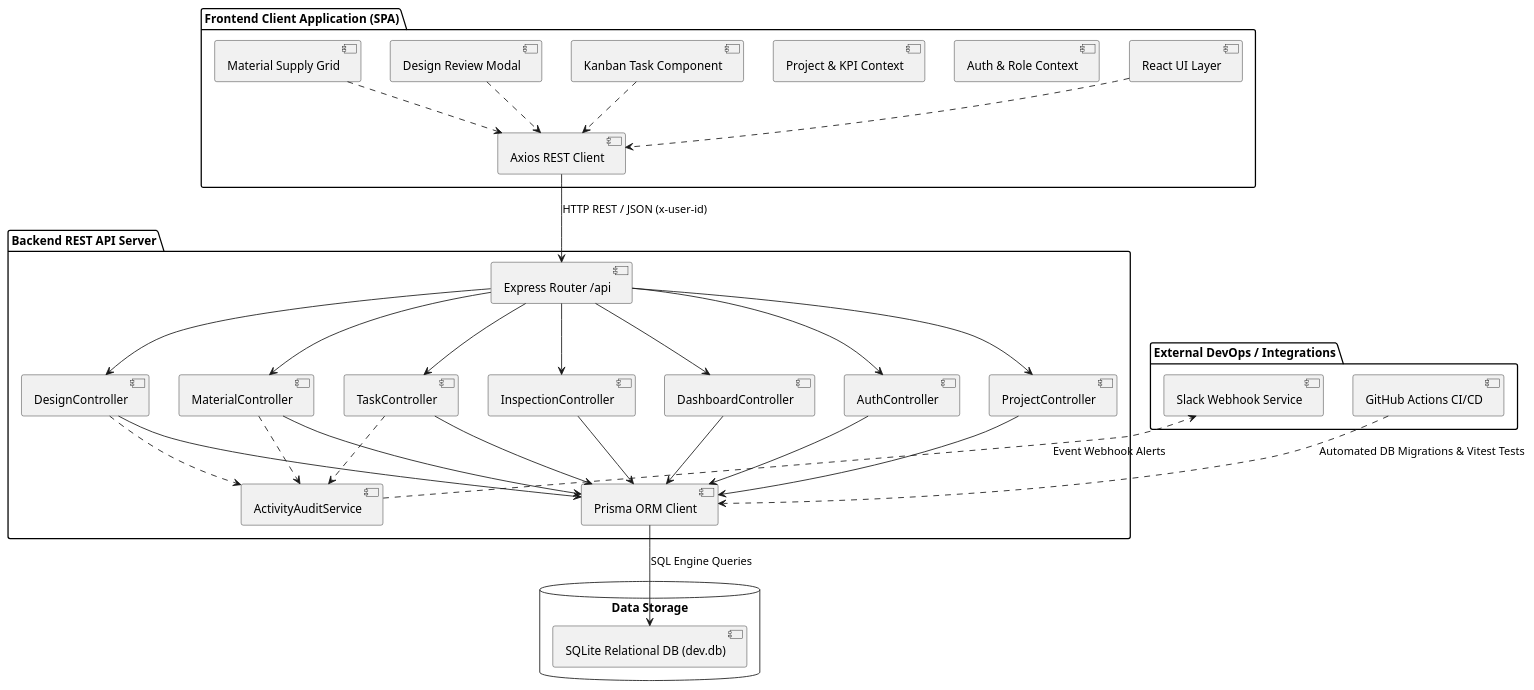
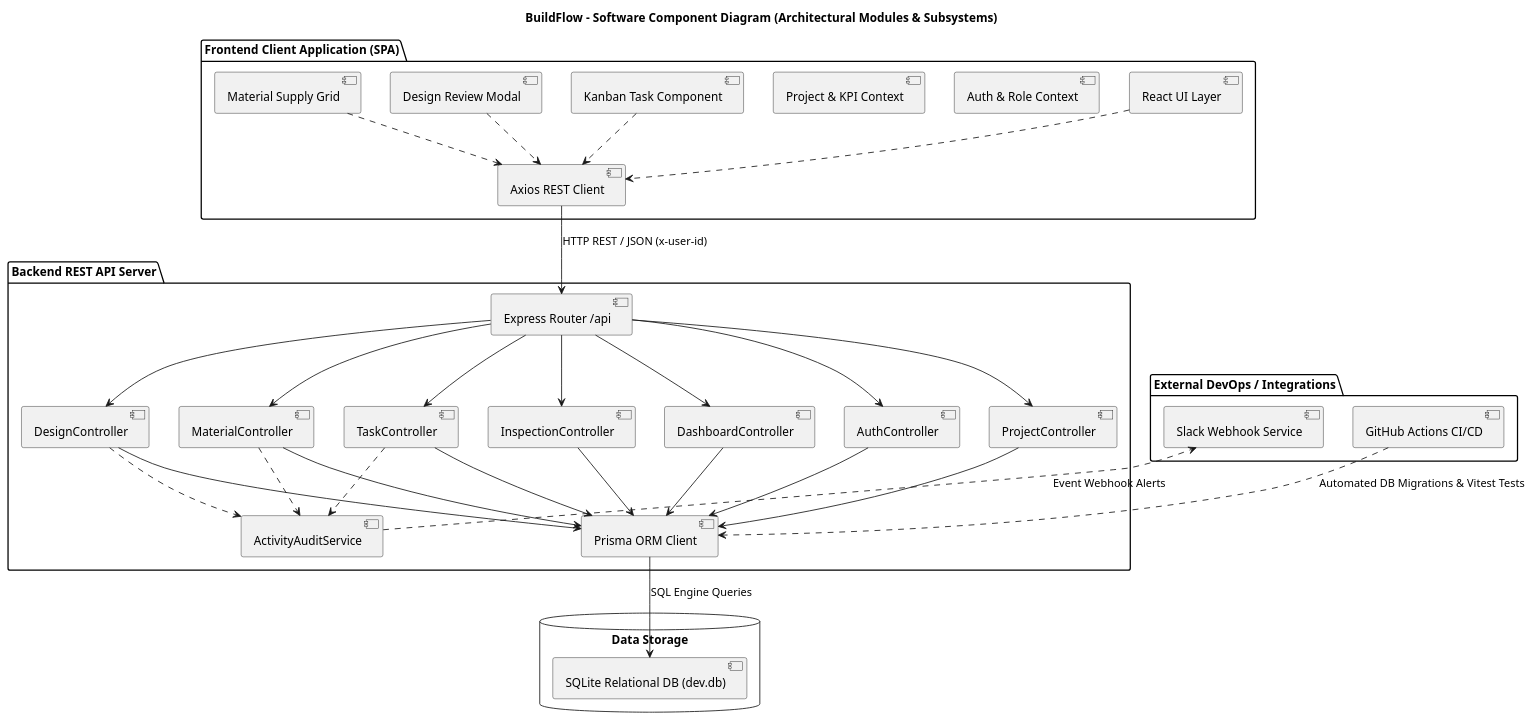
One commit to Shaunakrane914/BuildFlow changed the diagram in docs/uml/component_diagram.puml. Above: the diagram before and after it, drawn with PlantUML. The commit also changed 8 other files, not shown here.

Commit message:
style(uml): add explicit title headings to all 9 PlantUML diagram files

```diff
--- a/docs/uml/component_diagram.puml
+++ b/docs/uml/component_diagram.puml
@@ -1,68 +1,69 @@
 @startuml BuildFlow_Component_Diagram
+title BuildFlow - Software Component Diagram (Architectural Modules & Subsystems)
 skinparam componentStyle uml2
 skinparam shadowing false
 
 package "Frontend Client Application (SPA)" {
   [React UI Layer] as UI
   [Auth & Role Context] as Auth
   [Project & KPI Context] as ProjCtx
   [Kanban Task Component] as Kanban
   [Design Review Modal] as DesignUI
   [Material Supply Grid] as MatUI
   [Axios REST Client] as Axios
 }
 
 package "Backend REST API Server" {
   [Express Router /api] as Router
   [AuthController] as AuthCtrl
   [ProjectController] as ProjCtrl
   [TaskController] as TaskCtrl
   [DesignController] as DesignCtrl
   [MaterialController] as MatCtrl
   [InspectionController] as InspCtrl
   [DashboardController] as DashCtrl
   [ActivityAuditService] as AuditSvc
   [Prisma ORM Client] as Prisma
 }
 
 database "Data Storage" {
   [SQLite Relational DB (dev.db)] as DB
 }
 
 package "External DevOps / Integrations" {
   [Slack Webhook Service] as Slack
   [GitHub Actions CI/CD] as CI
 }
 
 UI ..> Axios
 Kanban ..> Axios
 DesignUI ..> Axios
 MatUI ..> Axios
 
 Axios --> Router : HTTP REST / JSON (x-user-id)
 Router --> AuthCtrl
 Router --> ProjCtrl
 Router --> TaskCtrl
 Router --> DesignCtrl
 Router --> MatCtrl
 Router --> InspCtrl
 Router --> DashCtrl
 
 TaskCtrl ..> AuditSvc
 DesignCtrl ..> AuditSvc
 MatCtrl ..> AuditSvc
 
 AuthCtrl --> Prisma
 ProjCtrl --> Prisma
 TaskCtrl --> Prisma
 DesignCtrl --> Prisma
 MatCtrl --> Prisma
 InspCtrl --> Prisma
 DashCtrl --> Prisma
 
 Prisma --> DB : SQL Engine Queries
 
 AuditSvc ..> Slack : Event Webhook Alerts
 CI ..> Prisma : Automated DB Migrations & Vitest Tests
 
 @enduml
```
